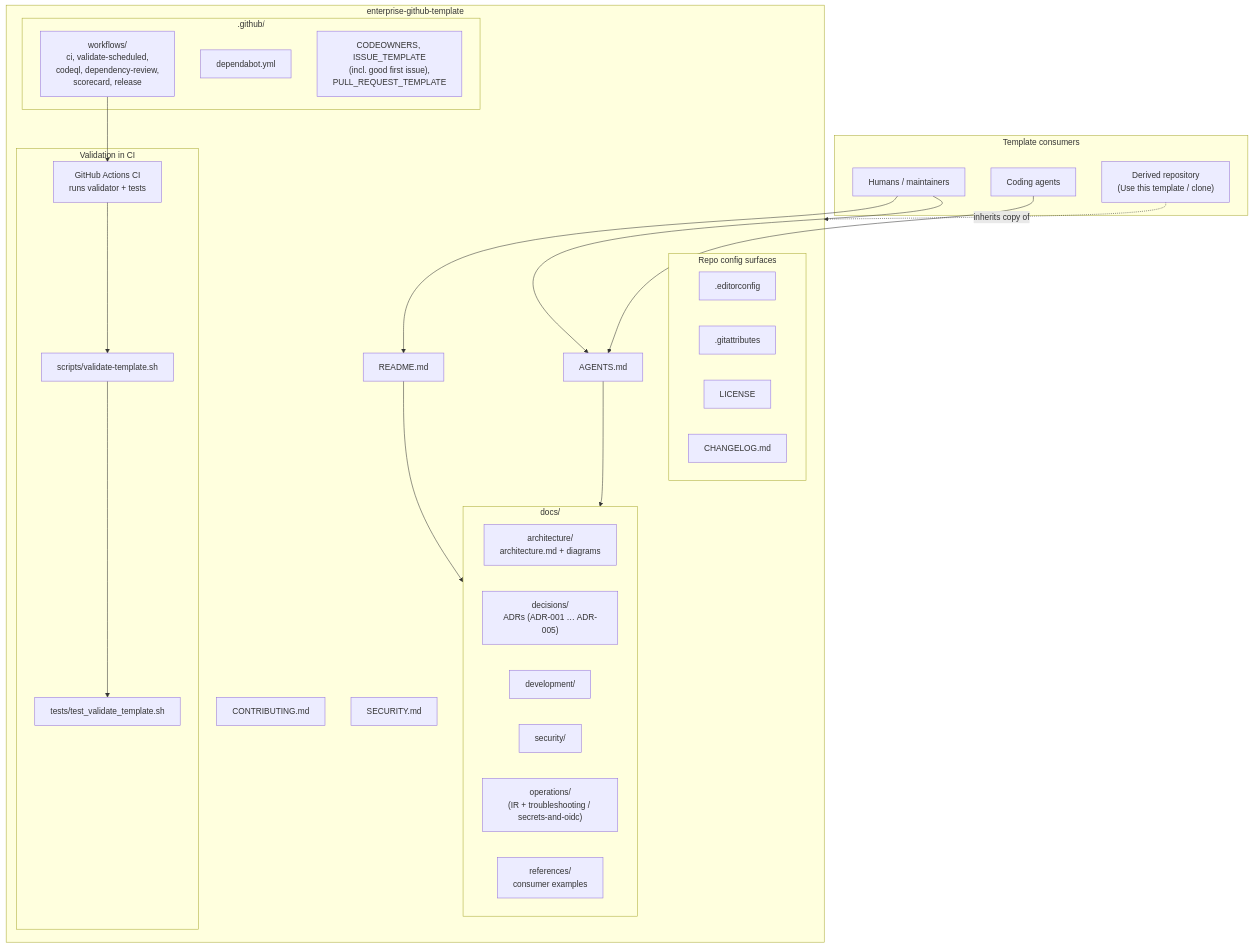
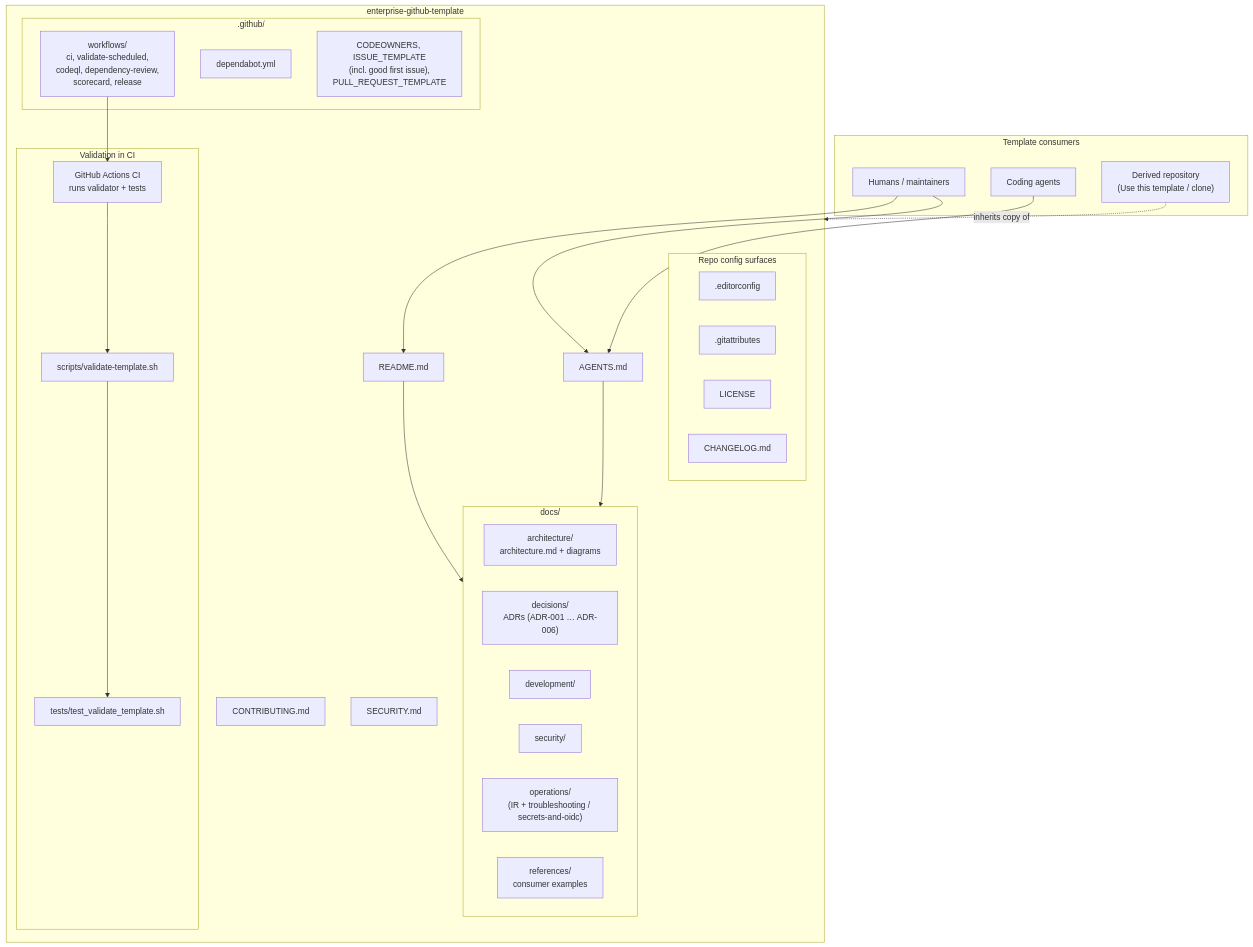
The diagram in docs/architecture/architecture-diagram.md (rmkr-dev/enterprise-github-template), drawn with Mermaid before and after one commit. The commit also changed 6 other files, not shown here.

````diff
--- a/docs/architecture/architecture-diagram.md
+++ b/docs/architecture/architecture-diagram.md
@@ -5,53 +5,53 @@
 ```mermaid
 flowchart TB
   subgraph consumers["Template consumers"]
     Human["Humans / maintainers"]
     Agents["Coding agents"]
     Derived["Derived repository<br/>(Use this template / clone)"]
   end
 
   subgraph template["enterprise-github-template"]
     README["README.md"]
     AGENTS["AGENTS.md"]
     Contrib["CONTRIBUTING.md"]
     SecRoot["SECURITY.md"]
 
     subgraph docs["docs/"]
       Arch["architecture/<br/>architecture.md + diagrams"]
-      Dec["decisions/<br/>ADRs (ADR-001 … ADR-005)"]
+      Dec["decisions/<br/>ADRs (ADR-001 … ADR-006)"]
       Dev["development/"]
       Sec["security/"]
       Ops["operations/<br/>(IR + troubleshooting / secrets-and-oidc)"]
       Refs["references/<br/>consumer examples"]
     end
 
     subgraph github[".github/"]
       WF["workflows/<br/>ci, validate-scheduled,<br/>codeql, dependency-review,<br/>scorecard, release"]
       Dep["dependabot.yml"]
       Hygiene["CODEOWNERS, ISSUE_TEMPLATE<br/>(incl. good first issue),<br/>PULL_REQUEST_TEMPLATE"]
     end
 
     subgraph tooling["Validation in CI"]
       Script["scripts/validate-template.sh"]
       Tests["tests/test_validate_template.sh"]
       Actions["GitHub Actions CI<br/>runs validator + tests"]
     end
 
     subgraph config["Repo config surfaces"]
       Editor[".editorconfig"]
       GitAttr[".gitattributes"]
       License["LICENSE"]
       Changelog["CHANGELOG.md"]
     end
   end
 
   Human --> README
   Agents --> AGENTS
   Human --> AGENTS
   README --> docs
   AGENTS --> docs
   WF --> Actions
   Actions --> Script
   Script --> Tests
   Derived -.->|"inherits copy of"| template
 ```
````
